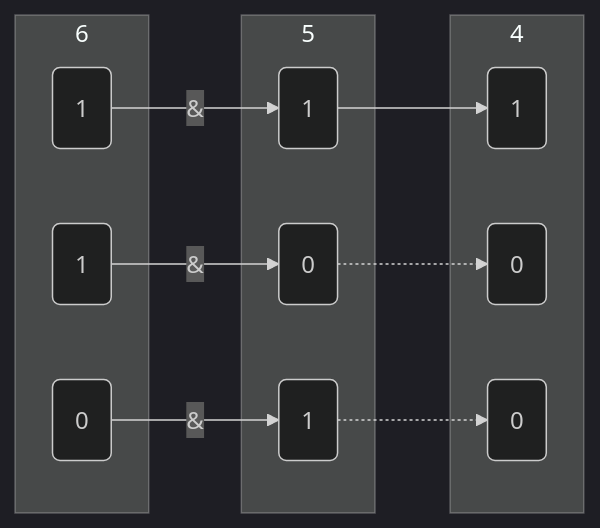
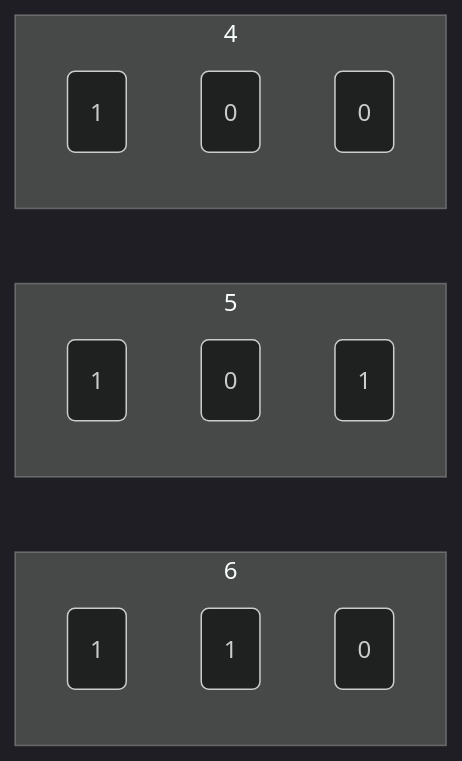
Before and after one commit to dmjcb/SelfBlog: the third of 5 diagrams in Language/C&C++/Memory/2021-11-14-位运算.md, drawn with Mermaid (dark theme). The commit also changed other lines of this file and 224 other files, not shown here.

````diff
--- a/Language/C&C++/Memory/2021-11-14-位运算.md
+++ b/Language/C&C++/Memory/2021-11-14-位运算.md
@@ -110,24 +110,21 @@
 ```mermaid
 graph LR;
     subgraph 4
         c0(1)
         c1(0)
         c2(0)
     end
 
     subgraph 5
         a0(1)
         a1(0)
         a2(1)
     end
 
     subgraph 6
         b0(1)
         b1(1)
         b2(0)
     end
 
-    b0--&-->a0-->c0
-    b1--&-->a1-.->c1
-    b2--&-->a2-.->c2
 ```
````
